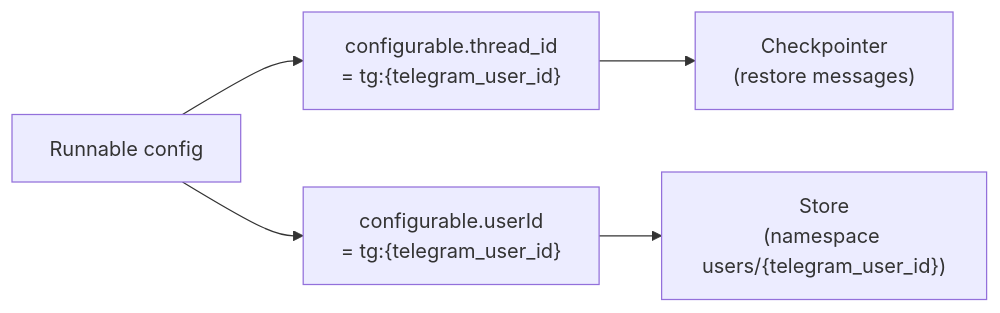
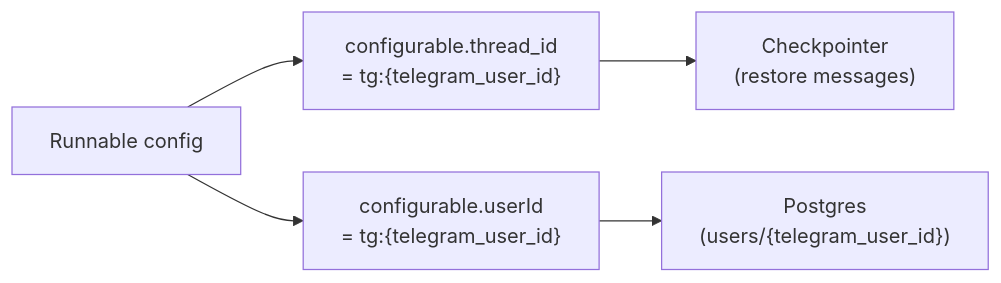
The second of 11 diagrams in .kiro/specs/rich-agent/design.md (posaune0423/hono-langgraph-tgbot), drawn with Mermaid before and after one commit. The commit also changed other lines of this file and 4 other files, not shown here.

````diff
--- a/.kiro/specs/rich-agent/design.md
+++ b/.kiro/specs/rich-agent/design.md
@@ -70,8 +65,8 @@
 ```mermaid
 graph LR
   CFG["Runnable config"] --> TID["configurable.thread_id\n= tg:{telegram_user_id}"]
   CFG --> UID["configurable.userId\n= tg:{telegram_user_id}"]
 
   TID --> CP["Checkpointer\n(restore messages)"]
-  UID --> STORE["Store\n(namespace users/{telegram_user_id})"]
+  UID --> PG["Postgres\n(users/{telegram_user_id})"]
 ```
````
